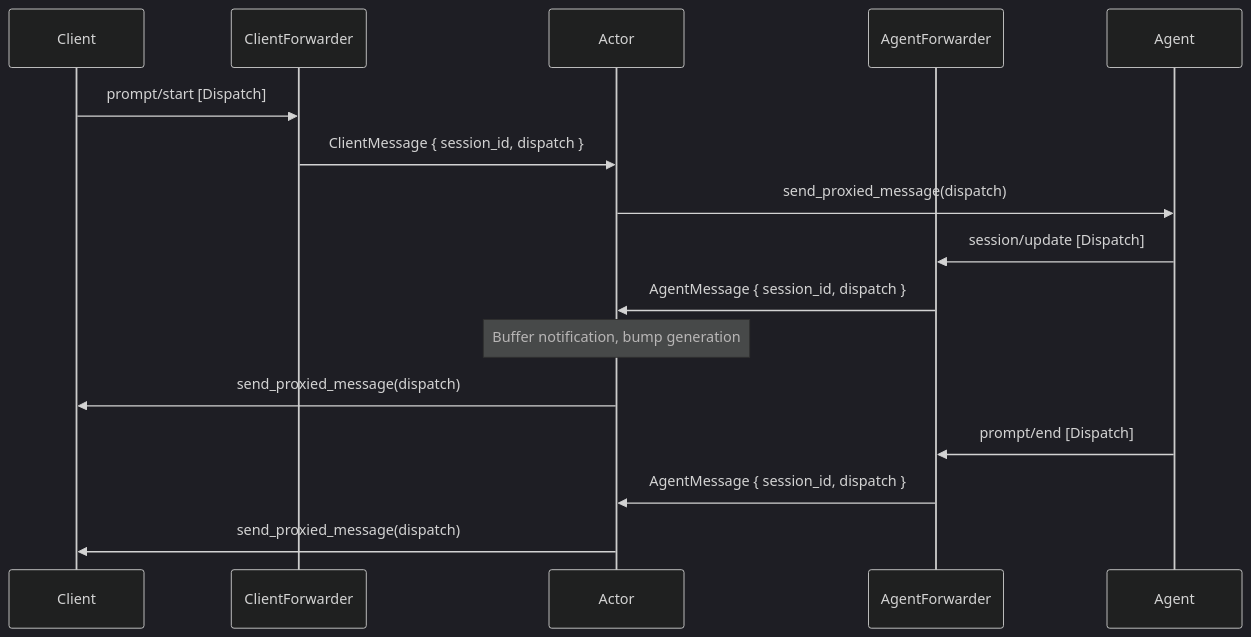
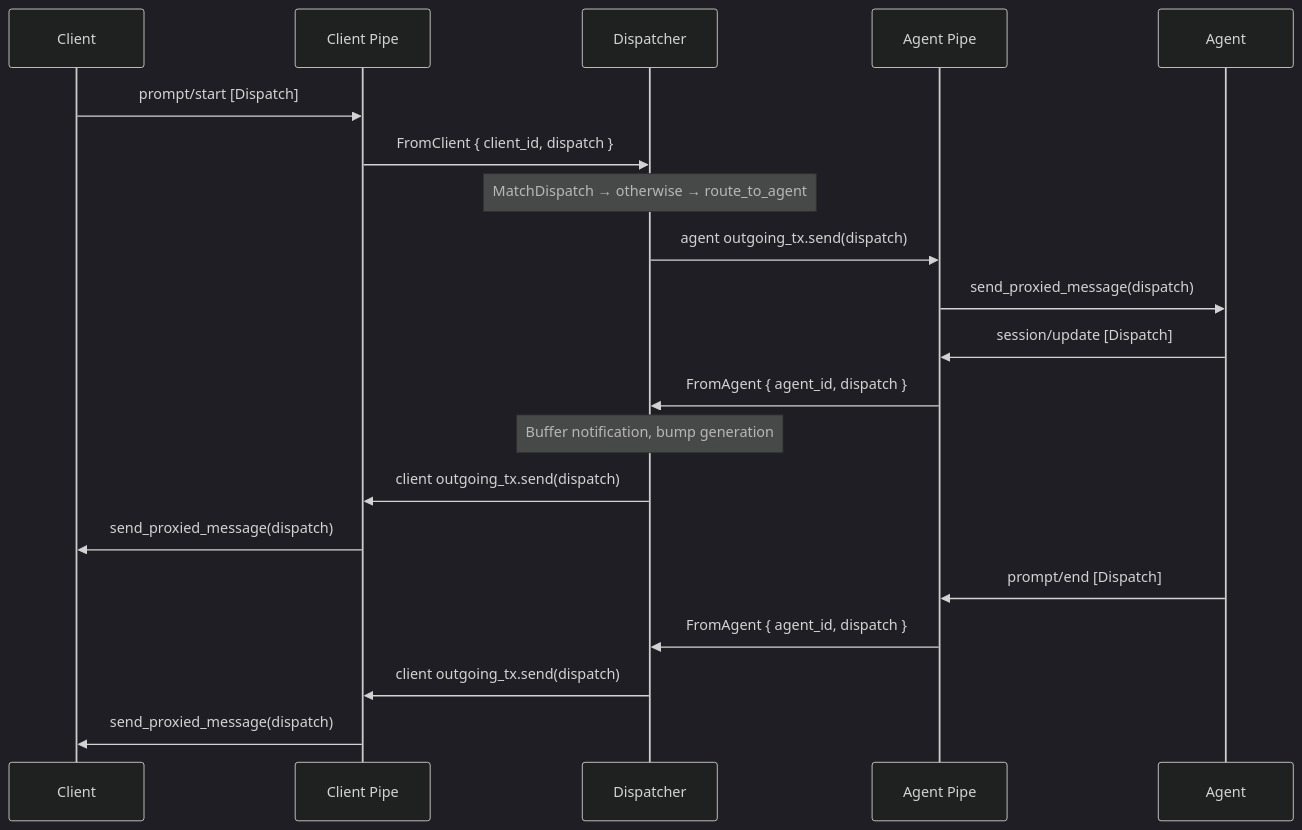
Before and after one commit to sparkle-ai-space/jamsession: the diagram in md/design/flow-message-bridge.md, drawn with Mermaid (dark theme). The commit also changed other lines of this file and 9 other files, not shown here.

First line of the commit message:
docs: rewrite design docs to match dispatcher refactor

````diff
--- a/md/design/flow-message-bridge.md
+++ b/md/design/flow-message-bridge.md
@@ -5,21 +5,25 @@
 ```mermaid
 sequenceDiagram
     participant C as Client
-    participant CF as ClientForwarder
-    participant A as Actor
-    participant AF as AgentForwarder
+    participant CP as Client Pipe
+    participant D as Dispatcher
+    participant AP as Agent Pipe
     participant Ag as Agent
 
-    C->>CF: prompt/start [Dispatch]
-    CF->>A: ClientMessage { session_id, dispatch }
-    A->>Ag: send_proxied_message(dispatch)
+    C->>CP: prompt/start [Dispatch]
+    CP->>D: FromClient { client_id, dispatch }
+    Note over D: MatchDispatch → otherwise → route_to_agent
+    D->>AP: agent outgoing_tx.send(dispatch)
+    AP->>Ag: send_proxied_message(dispatch)
 
-    Ag->>AF: session/update [Dispatch]
-    AF->>A: AgentMessage { session_id, dispatch }
-    Note over A: Buffer notification, bump generation
-    A->>C: send_proxied_message(dispatch)
+    Ag->>AP: session/update [Dispatch]
+    AP->>D: FromAgent { agent_id, dispatch }
+    Note over D: Buffer notification, bump generation
+    D->>CP: client outgoing_tx.send(dispatch)
+    CP->>C: send_proxied_message(dispatch)
 
-    Ag->>AF: prompt/end [Dispatch]
-    AF->>A: AgentMessage { session_id, dispatch }
-    A->>C: send_proxied_message(dispatch)
+    Ag->>AP: prompt/end [Dispatch]
+    AP->>D: FromAgent { agent_id, dispatch }
+    D->>CP: client outgoing_tx.send(dispatch)
+    CP->>C: send_proxied_message(dispatch)
 ```
````
